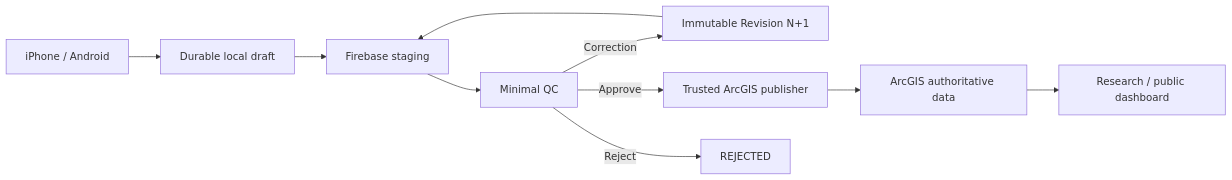
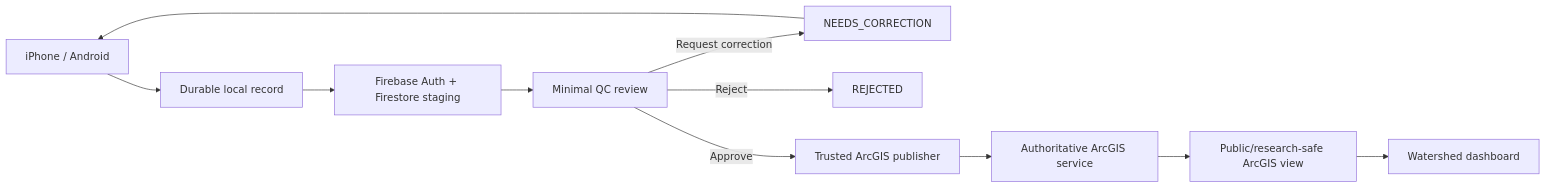
One commit to UnbrokenMango21/watershed-water-quality-dashboard changed the first of 2 diagrams in README.md. Above: the diagram before and after it, drawn with Mermaid. The commit also changed other lines of this file, not shown here.

````diff
--- a/README.md
+++ b/README.md
@@ -27,12 +25,13 @@
 ```mermaid
 flowchart LR
-    A[iPhone / Android] --> B[Durable local draft]
-    B --> C[Firebase staging]
-    C --> D[Minimal QC]
-    D -->|Correction| E[Immutable Revision N+1]
-    E --> C
-    D -->|Approve| F[Trusted ArcGIS publisher]
-    D -->|Reject| R[REJECTED]
-    F --> G[ArcGIS authoritative data]
-    G --> H[Research / public dashboard]
+    A[iPhone / Android] --> B[Durable local record]
+    B --> C[Firebase Auth + Firestore staging]
+    C --> D[Minimal QC review]
+    D -->|Request correction| E[NEEDS_CORRECTION]
+    E --> A
+    D -->|Reject| F[REJECTED]
+    D -->|Approve| G[Trusted ArcGIS publisher]
+    G --> H[Authoritative ArcGIS service]
+    H --> I[Public/research-safe ArcGIS view]
+    I --> J[Watershed dashboard]
 ```
````
